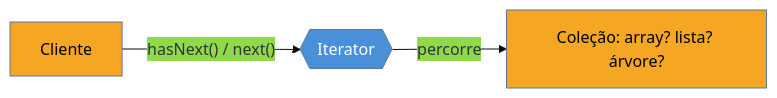
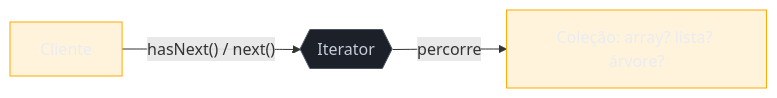
Before and after one commit to josenaldo/codex-technomanticus: the diagram in 03-Dominios/Engenharia/Design de Software/Padrões de Projeto/Clássicos (GoF)/18 - Iterator.md, drawn with Mermaid. The commit also changed 1181 other files, not shown here.

First line of the commit message:
fix(diagramas): paleta do sistema no lugar de cor cravada no markdown

````diff
--- a/03-Dominios/Engenharia/Design de Software/Padrões de Projeto/Clássicos (GoF)/18 - Iterator.md
+++ b/03-Dominios/Engenharia/Design de Software/Padrões de Projeto/Clássicos (GoF)/18 - Iterator.md
@@ -32,10 +32,11 @@
 ```mermaid
-%%{init: {"theme": "base", "themeVariables": {"primaryColor": "#4A90D9"}}}%%
 graph LR
+    classDef neutro fill:#1B2029,stroke:#4E5666,color:#C6CCD8
+    classDef destaque fill:#FFAA0024,stroke:#FFAA00,color:#E9ECF2
     C[Cliente] -->|"hasNext() / next()"| I{{Iterator}}
     I -->|percorre| Col[Coleção: array? lista? árvore?]
 
-    style I fill:#4A90D9,color:#fff
-    style C fill:#F5A623,color:#000
-    style Col fill:#F5A623,color:#000
+    class I neutro
+    class C destaque
+    class Col destaque
 ```
````
